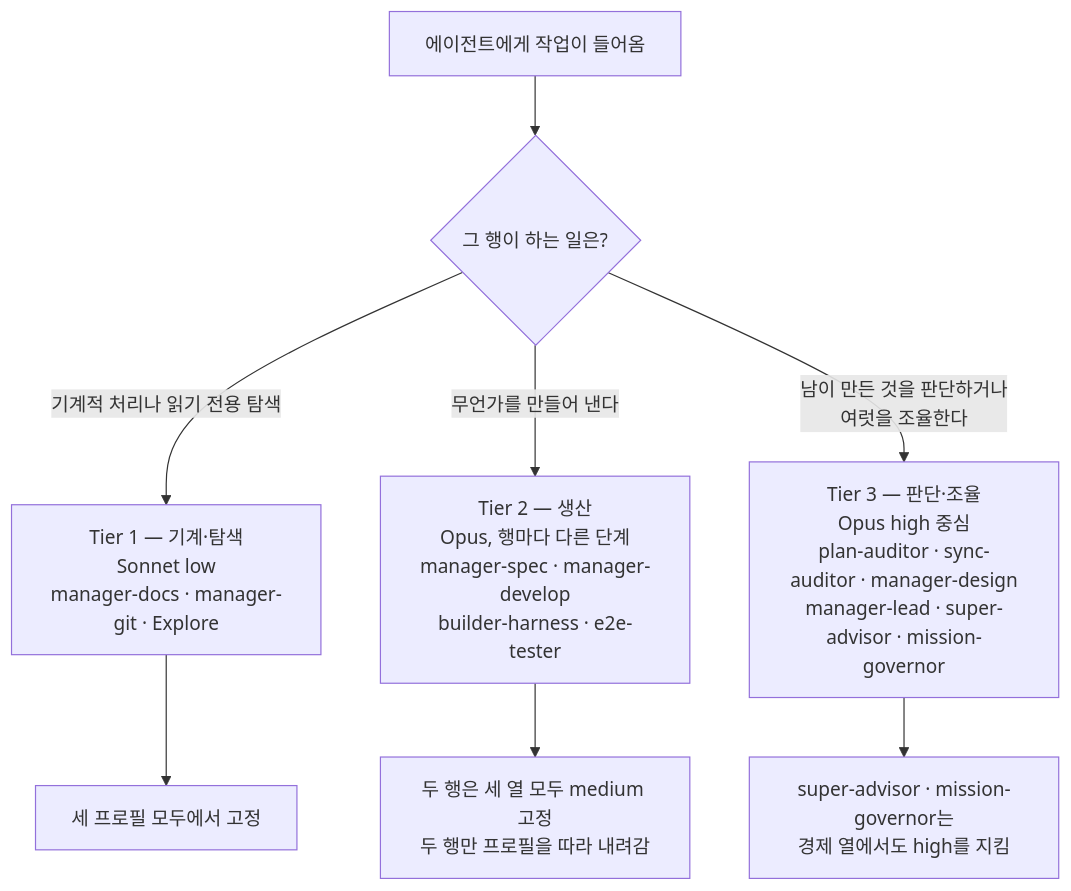
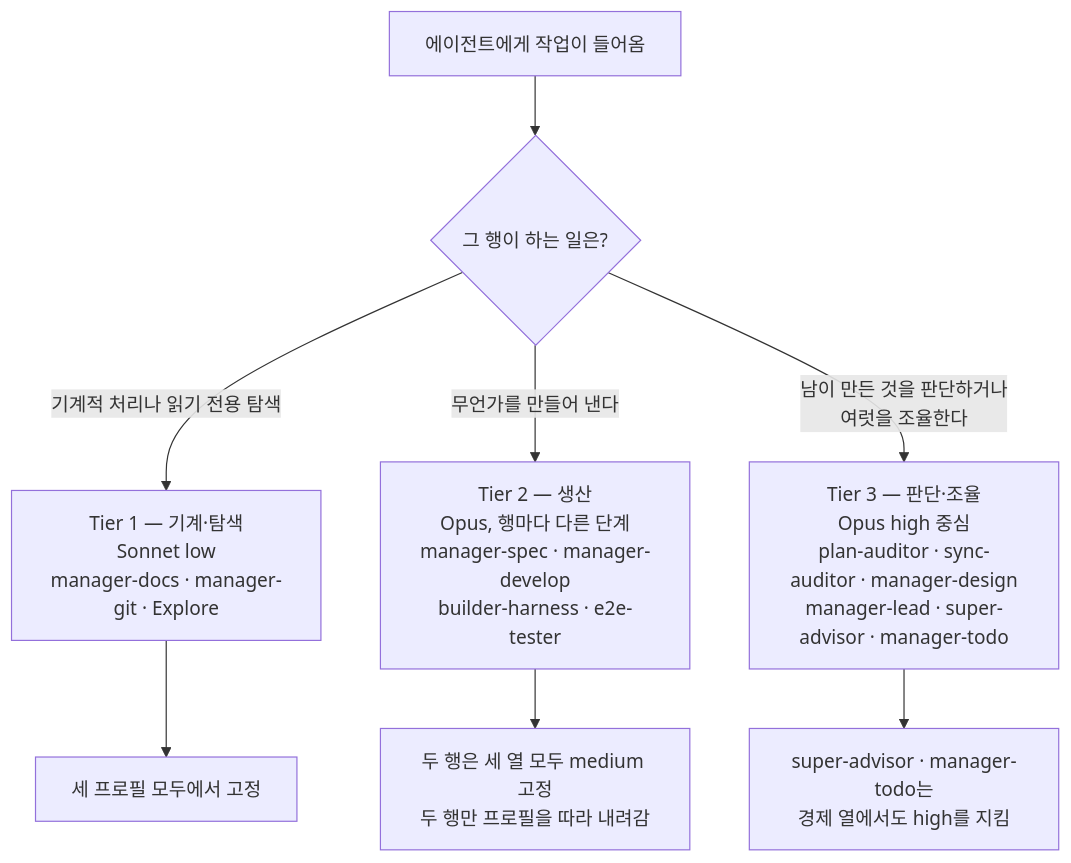
Before and after one commit to modu-ai/moai-adk: the second of 2 diagrams in docs-site/content/ko/advanced/no-haiku-3tier.md, drawn with Mermaid. The commit also changed other lines of this file and 33 other files, not shown here.

First line of the commit message:
docs(SPEC-MANAGER-TODO-001): M5 docs-site manager-todo refresh + run-phase evidence (card t1306)

````diff
--- a/docs-site/content/ko/advanced/no-haiku-3tier.md
+++ b/docs-site/content/ko/advanced/no-haiku-3tier.md
@@ -76,15 +76,15 @@
 ```mermaid
 flowchart TD
     START["에이전트에게 작업이 들어옴"] --> Q{"그 행이 하는 일은?"}
     Q -- "기계적 처리나 읽기 전용 탐색" --> T1
     Q -- "무언가를 만들어 낸다" --> T2
     Q -- "남이 만든 것을 판단하거나\n여럿을 조율한다" --> T3
 
     T1["Tier 1 — 기계·탐색<br/>Sonnet low<br/>manager-docs · manager-git · Explore"]
     T2["Tier 2 — 생산<br/>Opus, 행마다 다른 단계<br/>manager-spec · manager-develop<br/>builder-harness · e2e-tester"]
-    T3["Tier 3 — 판단·조율<br/>Opus high 중심<br/>plan-auditor · sync-auditor · manager-design<br/>manager-lead · super-advisor · mission-governor"]
+    T3["Tier 3 — 판단·조율<br/>Opus high 중심<br/>plan-auditor · sync-auditor · manager-design<br/>manager-lead · super-advisor · manager-todo"]
 
     T1 --> NOTE["세 프로필 모두에서 고정"]
     T2 --> NOTE2["두 행은 세 열 모두 medium 고정<br/>두 행만 프로필을 따라 내려감"]
-    T3 --> NOTE3["super-advisor · mission-governor는<br/>경제 열에서도 high를 지킴"]
+    T3 --> NOTE3["super-advisor · manager-todo는<br/>경제 열에서도 high를 지킴"]
 ```
````
